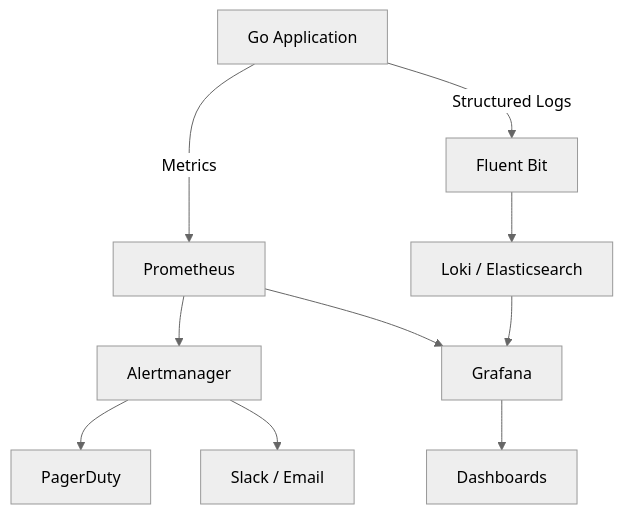
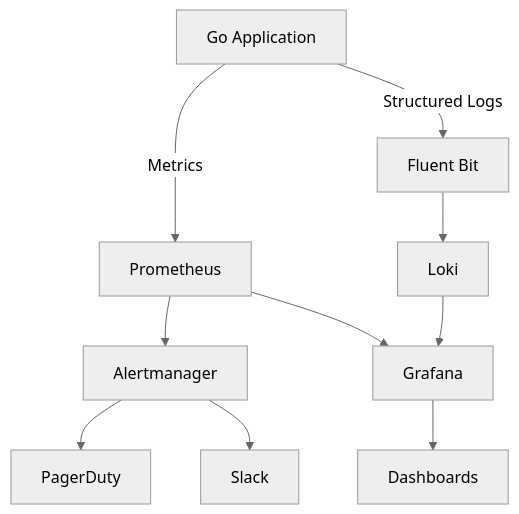
The first of 3 diagrams in Software Engineering/02 - Go Engineering/04 - DevSecOps and CLI Tools/06 - Building a DevOps Toolkit.md (Leito2/Learning), drawn with Mermaid (neutral theme) before and after one commit. The commit also changed other lines of this file and 41 other files, not shown here.

````diff
--- a/Software Engineering/02 - Go Engineering/04 - DevSecOps and CLI Tools/06 - Building a DevOps Toolkit.md
+++ b/Software Engineering/02 - Go Engineering/04 - DevSecOps and CLI Tools/06 - Building a DevOps Toolkit.md
@@ -45,12 +146,12 @@
 ```mermaid
 graph TB
     A[Go Application] -->|Metrics| B[Prometheus]
     A -->|Structured Logs| C[Fluent Bit]
-    C --> D[Loki / Elasticsearch]
+    C --> D[Loki]
     B --> E[Alertmanager]
     E --> F[PagerDuty]
-    E --> G[Slack / Email]
+    E --> G[Slack]
     B --> H[Grafana]
     D --> H
     H --> I[Dashboards]
 ```
````
